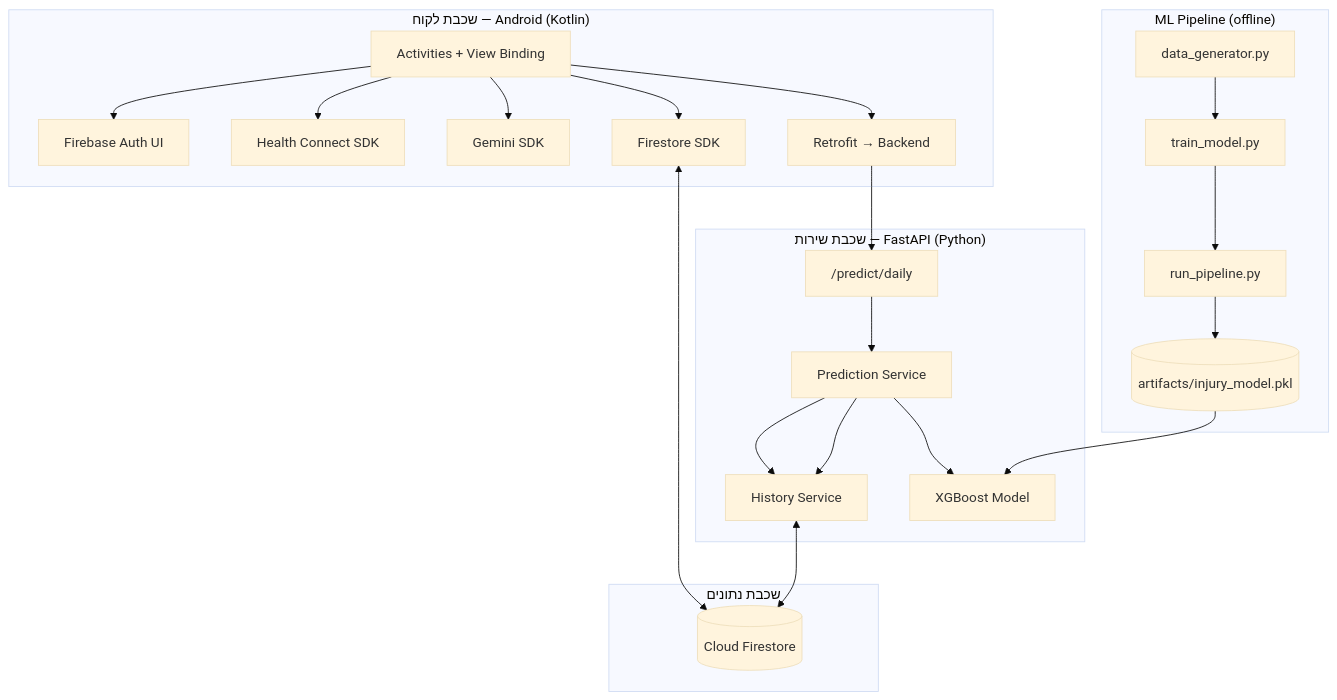
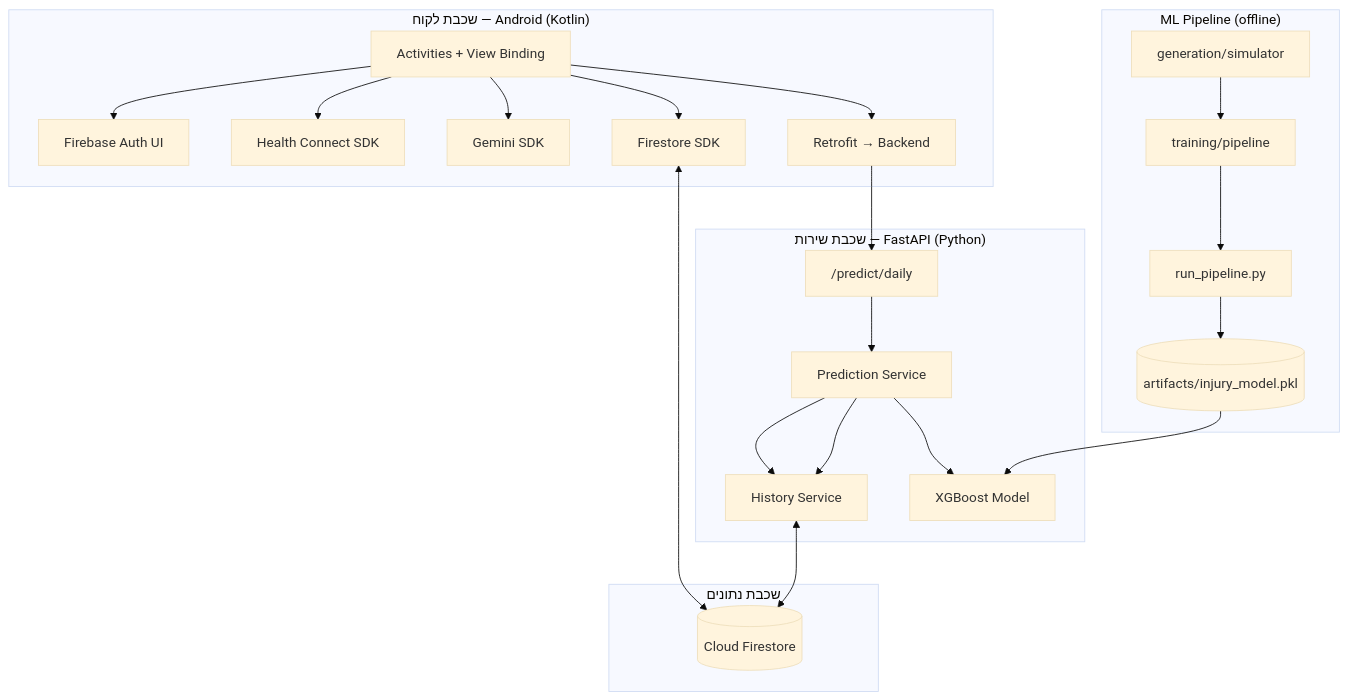
The second of 5 diagrams in docs/HLD_PROJECT.md (yahav97/final_project_AthleAgent), drawn with Mermaid (base theme) before and after one commit. The commit also changed other lines of this file and 2 other files, not shown here.

Commit message:
Refactor ML model structure and update documentation for clarity
- Restructured the ML model directory by introducing `generation/` and `training/` subdirectories for better organization of data generation and training logic.
- Updated references in documentation to reflect the new file structure, including changes in the flowchart and data processing descriptions.
- Enhanced clarity in the `HLD_PROJECT.md`, `LLD_PROJECT.md`, and `PROJECT_BOOK_HE.md` files by specifying CLI entry points and improving descriptions of model components.
- Incremented document version in `PROJECT_BOOK_HE.md` to 1.2 to reflect recent updates.

````diff
--- a/docs/HLD_PROJECT.md
+++ b/docs/HLD_PROJECT.md
@@ -76,44 +76,44 @@
 ```mermaid
 flowchart TB
     subgraph Client["שכבת לקוח — Android (Kotlin)"]
         UI[Activities + View Binding]
         Auth[Firebase Auth UI]
         HC[Health Connect SDK]
         GemClient[Gemini SDK]
         FS_SDK[Firestore SDK]
         Retro[Retrofit → Backend]
     end
 
     subgraph Server["שכבת שירות — FastAPI (Python)"]
         API["/predict/daily"]
         PredSvc[Prediction Service]
         HistSvc[History Service]
         ML[XGBoost Model]
     end
 
     subgraph Data["שכבת נתונים"]
         Firestore[(Cloud Firestore)]
     end
 
     subgraph MLOps["ML Pipeline (offline)"]
-        Gen[data_generator.py]
-        Train[train_model.py]
+        Gen[generation/simulator]
+        Train[training/pipeline]
         Promote[run_pipeline.py]
         Artifacts[(artifacts/injury_model.pkl)]
     end
 
     UI --> Auth
     UI --> HC
     UI --> GemClient
     UI --> FS_SDK
     UI --> Retro
     FS_SDK <--> Firestore
     Retro --> API
     API --> PredSvc
     PredSvc --> HistSvc
     HistSvc <--> Firestore
     PredSvc --> ML
     PredSvc --> HistSvc
     Gen --> Train --> Promote --> Artifacts
     Artifacts --> ML
 ```
````
